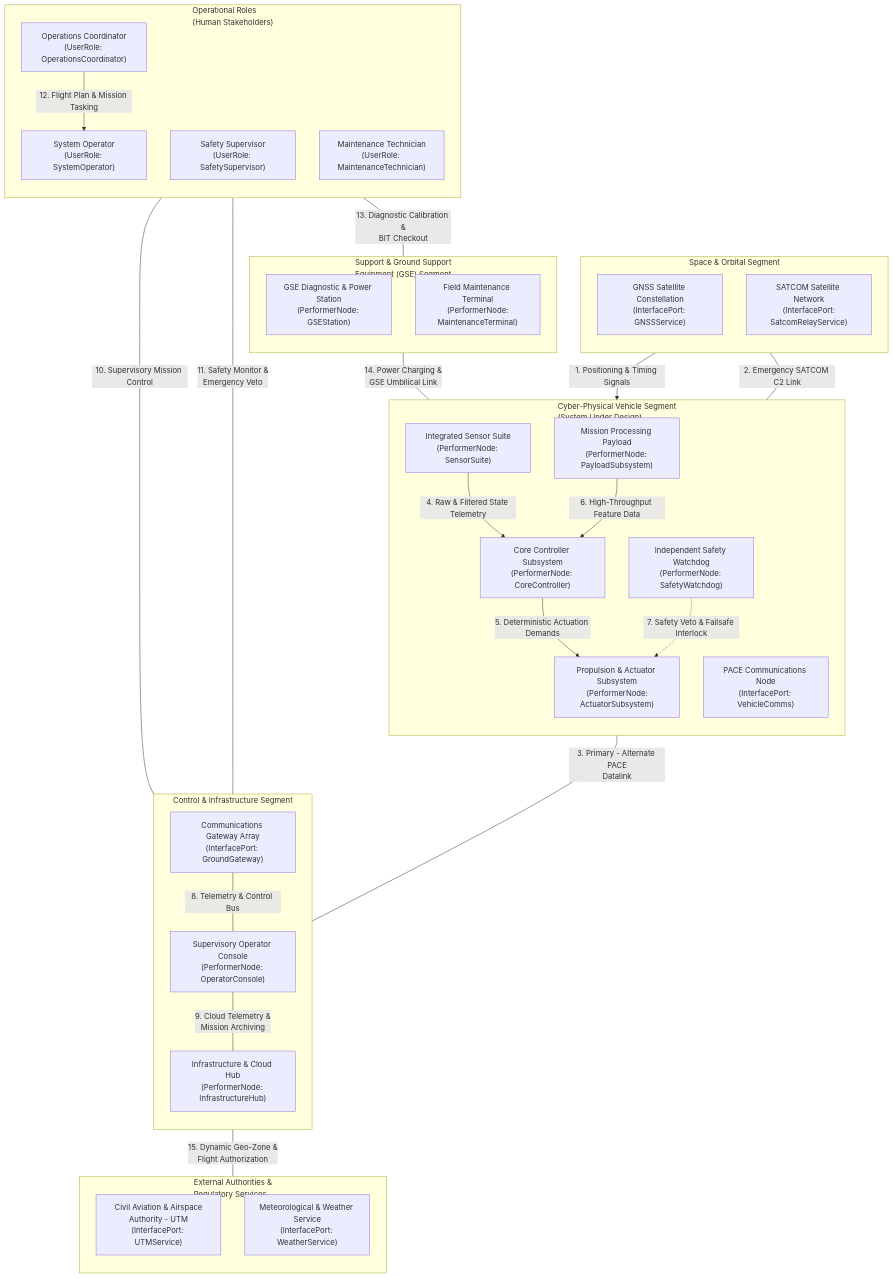
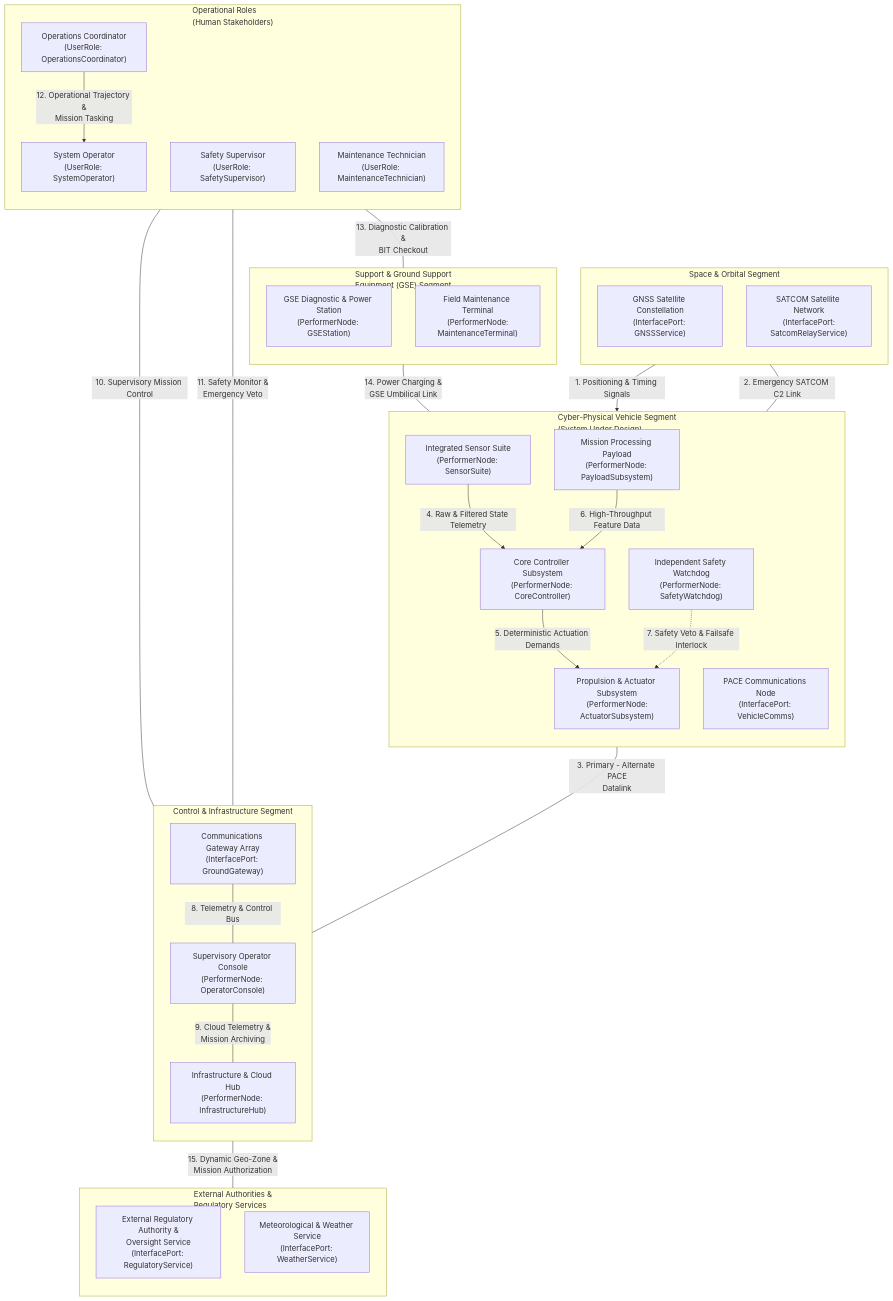
One commit to gintatkinson/DEAP01-spec-core changed the first of 2 diagrams in skills/spec-conops-engineering/resources/units/conops/01_METADATA_AND_OVERVIEW.md. Above: the diagram before and after it, drawn with Mermaid. The commit also changed other lines of this file and 22 other files, not shown here.

Commit message:
feat(conops): deliver publication conops with full 14-viewpoint architectural coverage (refs #339, refs #345, refs #346, refs #347, refs #348, refs #349, refs #350, refs #351)

````diff
--- a/skills/spec-conops-engineering/resources/units/conops/01_METADATA_AND_OVERVIEW.md
+++ b/skills/spec-conops-engineering/resources/units/conops/01_METADATA_AND_OVERVIEW.md
@@ -158,61 +158,61 @@
 ```mermaid
 flowchart TB
     subgraph SpaceSegment["Space & Orbital Segment"]
         direction TB
         GNSSConstellation["GNSS Satellite Constellation<br/>(InterfacePort: GNSSService)"]
         SatcomRelay["SATCOM Satellite Network<br/>(InterfacePort:<br/>SatcomRelayService)"]
     end
 
     subgraph VehicleSegment["Cyber-Physical Vehicle Segment<br/>(System Under Design)"]
         direction TB
         CoreController["Core Controller Subsystem<br/>(PerformerNode: CoreController)"]
         SensorSuite["Integrated Sensor Suite<br/>(PerformerNode: SensorSuite)"]
         ActuatorSubsystem["Propulsion & Actuator Subsystem<br/>(PerformerNode:<br/>ActuatorSubsystem)"]
         PayloadSubsystem["Mission Processing Payload<br/>(PerformerNode: PayloadSubsystem)"]
         VehicleComms["PACE Communications Node<br/>(InterfacePort: VehicleComms)"]
         SafetyWatchdog["Independent Safety Watchdog<br/>(PerformerNode: SafetyWatchdog)"]
     end
 
     subgraph ControlSegment["Control & Infrastructure Segment"]
         direction TB
         OperatorConsole["Supervisory Operator Console<br/>(PerformerNode: OperatorConsole)"]
         GroundCommsArray["Communications Gateway Array<br/>(InterfacePort: GroundGateway)"]
         InfrastructureHub["Infrastructure & Cloud Hub<br/>(PerformerNode: InfrastructureHub)"]
     end
 
     subgraph SupportSegment["Support & Ground Support<br/>Equipment (GSE) Segment"]
         direction TB
         GroundSupportEquipment["GSE Diagnostic & Power Station<br/>(PerformerNode: GSEStation)"]
         MaintenanceTerminal["Field Maintenance Terminal<br/>(PerformerNode:<br/>MaintenanceTerminal)"]
     end
 
     subgraph OperationalRoles["Operational Roles<br/>(Human Stakeholders)"]
         direction TB
         SystemOperator["System Operator<br/>(UserRole: SystemOperator)"]
         SafetySupervisor["Safety Supervisor<br/>(UserRole: SafetySupervisor)"]
         OperationsCoordinator["Operations Coordinator<br/>(UserRole: OperationsCoordinator)"]
         MaintenanceTechnician["Maintenance Technician<br/>(UserRole: MaintenanceTechnician)"]
     end
 
     subgraph ExternalAuthorities["External Authorities &<br/>Regulatory Services"]
         direction TB
-        AirspaceAuthority["Civil Aviation & Airspace<br/>Authority - UTM<br/>(InterfacePort: UTMService)"]
+        RegulatoryAuthority["External Regulatory Authority &<br/>Oversight Service<br/>(InterfacePort: RegulatoryService)"]
         WeatherDataService["Meteorological & Weather Service<br/>(InterfacePort: WeatherService)"]
     end
 
     GNSSConstellation -->|"1. Positioning & Timing Signals"| SensorSuite
     SatcomRelay ---|"2. Emergency SATCOM C2 Link"| VehicleComms
     VehicleComms ---|"3. Primary - Alternate PACE<br/>Datalink"| GroundCommsArray
     SensorSuite -->|"4. Raw & Filtered State Telemetry"| CoreController
     CoreController -->|"5. Deterministic Actuation Demands"| ActuatorSubsystem
     PayloadSubsystem -->|"6. High-Throughput Feature Data"| CoreController
     SafetyWatchdog -.->|"7. Safety Veto & Failsafe Interlock"| ActuatorSubsystem
     GroundCommsArray ---|"8. Telemetry & Control Bus"| OperatorConsole
     OperatorConsole ---|"9. Cloud Telemetry &<br/>Mission Archiving"| InfrastructureHub
     SystemOperator ---|"10. Supervisory Mission Control"| OperatorConsole
     SafetySupervisor ---|"11. Safety Monitor &<br/>Emergency Veto"| OperatorConsole
-    OperationsCoordinator -->|"12. Flight Plan & Mission Tasking"| SystemOperator
+    OperationsCoordinator -->|"12. Operational Trajectory &<br/>Mission Tasking"| SystemOperator
     MaintenanceTechnician ---|"13. Diagnostic Calibration &<br/>BIT Checkout"| MaintenanceTerminal
     GroundSupportEquipment ---|"14. Power Charging &<br/>GSE Umbilical Link"| CoreController
-    OperatorConsole ---|"15. Dynamic Geo-Zone &<br/>Flight Authorization"| AirspaceAuthority
+    OperatorConsole ---|"15. Dynamic Geo-Zone &<br/>Mission Authorization"| RegulatoryAuthority
 ```
````
